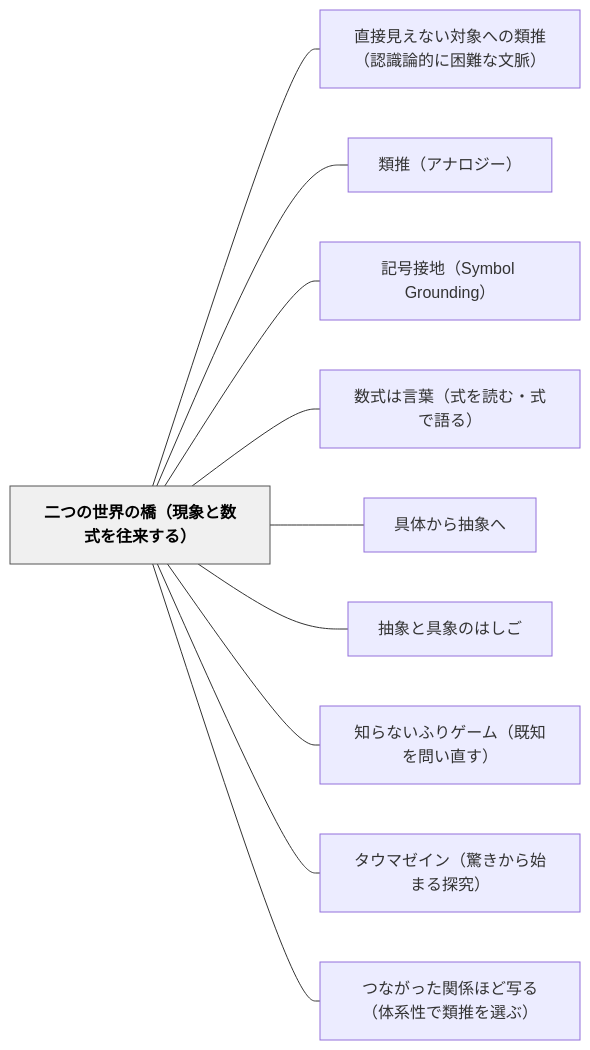
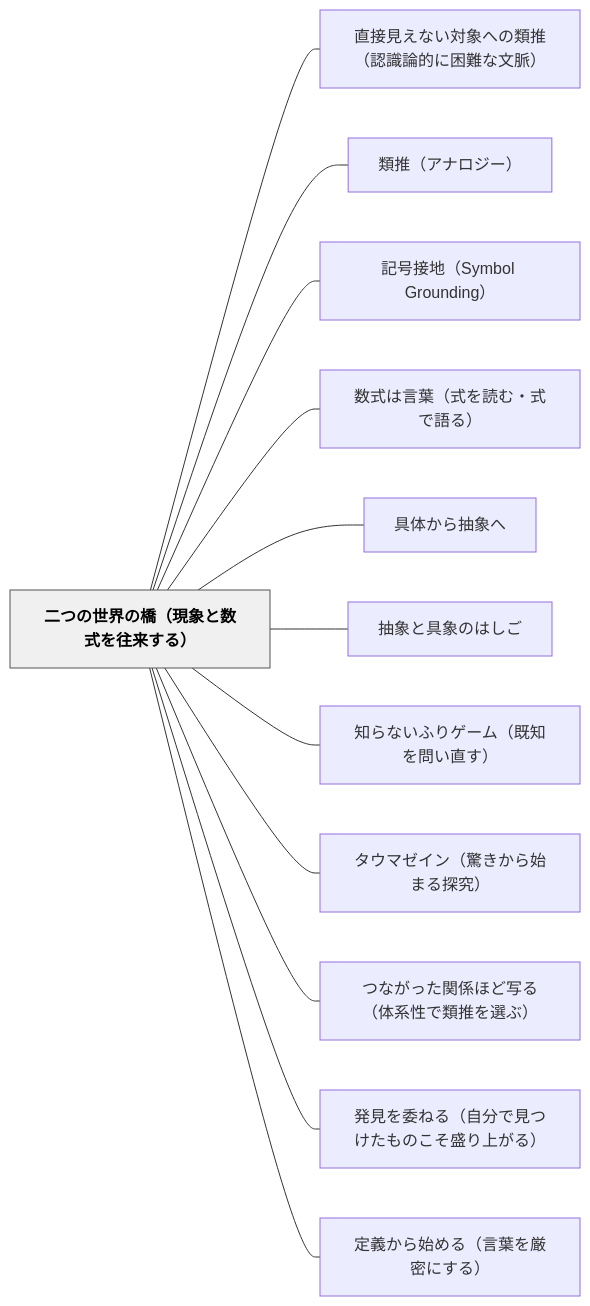
The diagram in content/パタン/二つの世界の橋（現象と数式を往来する）.md (unknownthings-ed-patterns/unknownthings-ed-patterns), drawn with Mermaid before and after one commit. The commit also changed other lines of this file and 9 other files, not shown here.

````diff
--- a/content/パタン/二つの世界の橋（現象と数式を往来する）.md
+++ b/content/パタン/二つの世界の橋（現象と数式を往来する）.md
@@ -171,26 +173,30 @@
 ```mermaid
 flowchart LR
     ne4ba8ce381a4e381aee4b896e7958ce381aee6a98befbc88e78fbee8b1a1e381a8e695b0e5bc8fe38292e5be80e69da5e38199e3828befbc89["二つの世界の橋（現象と数式を往来する）"]
     ne79bb4e68ea5e8a68be38188e381aae38184e5afbee8b1a1e381b8e381aee9a19ee68ea8efbc88e8aa8de8ad98e8ab96e79a84e381abe59bb0e99ba3e381aae69687e88488efbc89["直接見えない対象への類推（認識論的に困難な文脈）"]
     ne9a19ee68ea8efbc88e382a2e3838ae383ade382b8e383bcefbc89["類推（アナロジー）"]
     ne8a898e58fb7e68ea5e59cb0efbc8853796d626f6c2047726f756e64696e67efbc89["記号接地（Symbol Grounding）"]
     ne695b0e5bc8fe381afe8a880e89189efbc88e5bc8fe38292e8aaade38280e383bbe5bc8fe381a7e8aa9ee3828befbc89["数式は言葉（式を読む・式で語る）"]
     ne585b7e4bd93e3818be38289e68abde8b1a1e381b8["具体から抽象へ"]
     ne68abde8b1a1e381a8e585b7e8b1a1e381aee381afe38197e38194["抽象と具象のはしご"]
     ne79fa5e38289e381aae38184e381b5e3828ae382b2e383bce383a0efbc88e697a2e79fa5e38292e5958fe38184e79bb4e38199efbc89["知らないふりゲーム（既知を問い直す）"]
     ne382bfe382a6e3839ee382bce382a4e383b3efbc88e9a99ae3818de3818be38289e5a78be381bee3828be68ea2e7a9b6efbc89["タウマゼイン（驚きから始まる探究）"]
     ne381a4e381aae3818ce381a3e3819fe996a2e4bf82e381bbe381a9e58699e3828befbc88e4bd93e7b3bbe680a7e381a7e9a19ee68ea8e38292e981b8e381b6efbc89["つながった関係ほど写る（体系性で類推を選ぶ）"]
+    ne799bae8a68be38292e5a794e381ade3828befbc88e887aae58886e381a7e8a68be381a4e38191e3819fe38282e381aee38193e3819de79b9be3828ae4b88ae3818ce3828befbc89["発見を委ねる（自分で見つけたものこそ盛り上がる）"]
+    ne5ae9ae7bea9e3818be38289e5a78be38281e3828befbc88e8a880e89189e38292e58eb3e5af86e381abe38199e3828befbc89["定義から始める（言葉を厳密にする）"]
 
     ne4ba8ce381a4e381aee4b896e7958ce381aee6a98befbc88e78fbee8b1a1e381a8e695b0e5bc8fe38292e5be80e69da5e38199e3828befbc89 --- ne79bb4e68ea5e8a68be38188e381aae38184e5afbee8b1a1e381b8e381aee9a19ee68ea8efbc88e8aa8de8ad98e8ab96e79a84e381abe59bb0e99ba3e381aae69687e88488efbc89
     ne4ba8ce381a4e381aee4b896e7958ce381aee6a98befbc88e78fbee8b1a1e381a8e695b0e5bc8fe38292e5be80e69da5e38199e3828befbc89 --- ne9a19ee68ea8efbc88e382a2e3838ae383ade382b8e383bcefbc89
     ne4ba8ce381a4e381aee4b896e7958ce381aee6a98befbc88e78fbee8b1a1e381a8e695b0e5bc8fe38292e5be80e69da5e38199e3828befbc89 --- ne8a898e58fb7e68ea5e59cb0efbc8853796d626f6c2047726f756e64696e67efbc89
     ne4ba8ce381a4e381aee4b896e7958ce381aee6a98befbc88e78fbee8b1a1e381a8e695b0e5bc8fe38292e5be80e69da5e38199e3828befbc89 --- ne695b0e5bc8fe381afe8a880e89189efbc88e5bc8fe38292e8aaade38280e383bbe5bc8fe381a7e8aa9ee3828befbc89
     ne4ba8ce381a4e381aee4b896e7958ce381aee6a98befbc88e78fbee8b1a1e381a8e695b0e5bc8fe38292e5be80e69da5e38199e3828befbc89 --- ne585b7e4bd93e3818be38289e68abde8b1a1e381b8
     ne4ba8ce381a4e381aee4b896e7958ce381aee6a98befbc88e78fbee8b1a1e381a8e695b0e5bc8fe38292e5be80e69da5e38199e3828befbc89 --- ne68abde8b1a1e381a8e585b7e8b1a1e381aee381afe38197e38194
     ne4ba8ce381a4e381aee4b896e7958ce381aee6a98befbc88e78fbee8b1a1e381a8e695b0e5bc8fe38292e5be80e69da5e38199e3828befbc89 --- ne79fa5e38289e381aae38184e381b5e3828ae382b2e383bce383a0efbc88e697a2e79fa5e38292e5958fe38184e79bb4e38199efbc89
     ne4ba8ce381a4e381aee4b896e7958ce381aee6a98befbc88e78fbee8b1a1e381a8e695b0e5bc8fe38292e5be80e69da5e38199e3828befbc89 --- ne382bfe382a6e3839ee382bce382a4e383b3efbc88e9a99ae3818de3818be38289e5a78be381bee3828be68ea2e7a9b6efbc89
     ne4ba8ce381a4e381aee4b896e7958ce381aee6a98befbc88e78fbee8b1a1e381a8e695b0e5bc8fe38292e5be80e69da5e38199e3828befbc89 --- ne381a4e381aae3818ce381a3e3819fe996a2e4bf82e381bbe381a9e58699e3828befbc88e4bd93e7b3bbe680a7e381a7e9a19ee68ea8e38292e981b8e381b6efbc89
+    ne4ba8ce381a4e381aee4b896e7958ce381aee6a98befbc88e78fbee8b1a1e381a8e695b0e5bc8fe38292e5be80e69da5e38199e3828befbc89 --- ne799bae8a68be38292e5a794e381ade3828befbc88e887aae58886e381a7e8a68be381a4e38191e3819fe38282e381aee38193e3819de79b9be3828ae4b88ae3818ce3828befbc89
+    ne4ba8ce381a4e381aee4b896e7958ce381aee6a98befbc88e78fbee8b1a1e381a8e695b0e5bc8fe38292e5be80e69da5e38199e3828befbc89 --- ne5ae9ae7bea9e3818be38289e5a78be38281e3828befbc88e8a880e89189e38292e58eb3e5af86e381abe38199e3828befbc89
 
     classDef hub fill:#f0f0f0,stroke:#555,color:#000,font-weight:bold
     class ne4ba8ce381a4e381aee4b896e7958ce381aee6a98befbc88e78fbee8b1a1e381a8e695b0e5bc8fe38292e5be80e69da5e38199e3828befbc89 hub
 ```
````
